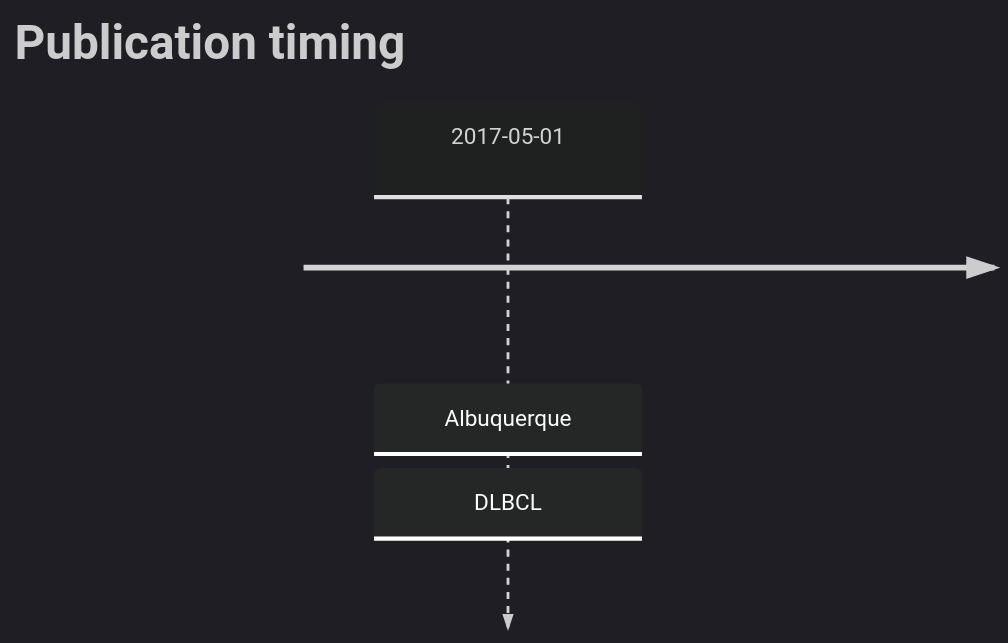
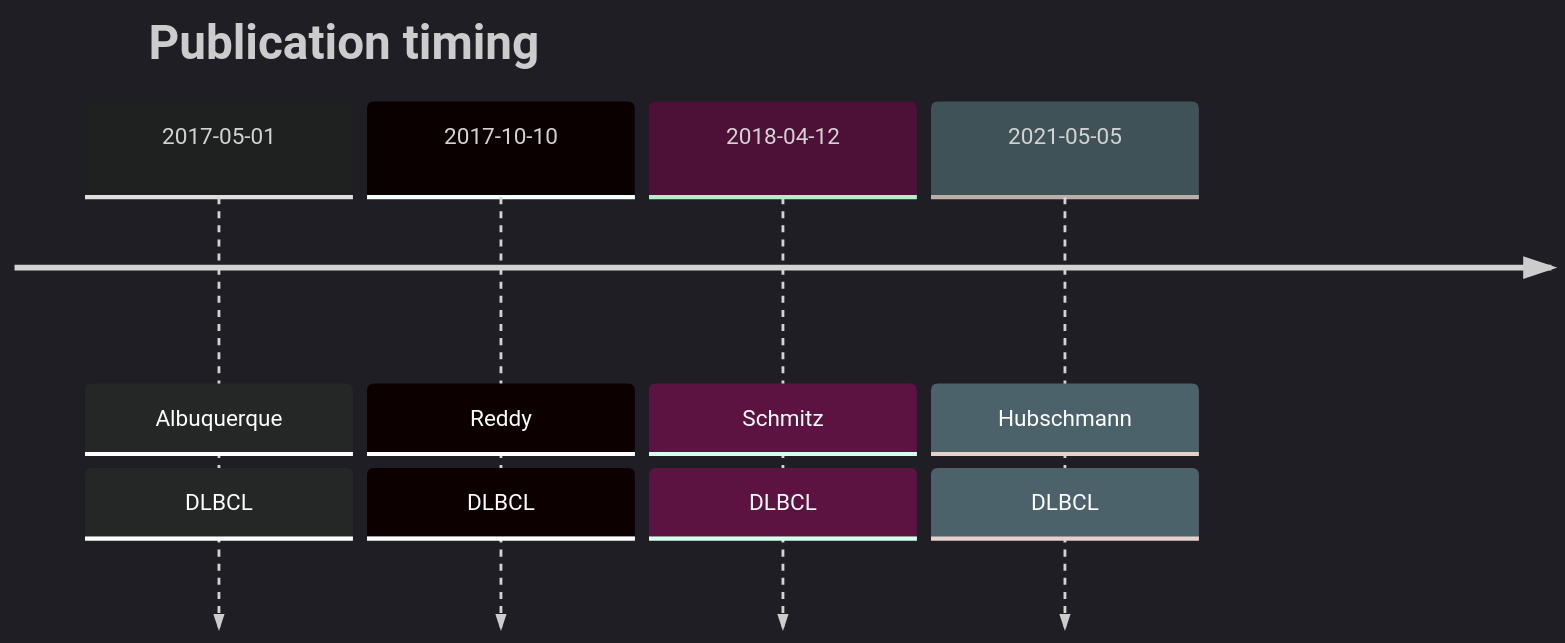
The diagram in TET2.md (morinlab/lymphopedia), drawn with Mermaid before and after one commit.

Commit message:
update tables

````diff
--- a/TET2.md
+++ b/TET2.md
@@ -10,6 +10,9 @@
 ```mermaid
 %%{init: { 'logLevel': 'debug', 'theme': 'dark' } }%%
 timeline
     title Publication timing
-      2017-05-01 : Albuquerque : DLBCL
+2017-05-01 : Albuquerque : DLBCL
+2017-10-10 : Reddy : DLBCL
+2018-04-12 : Schmitz : DLBCL
+2021-05-05 : Hubschmann : DLBCL
 ```
````
